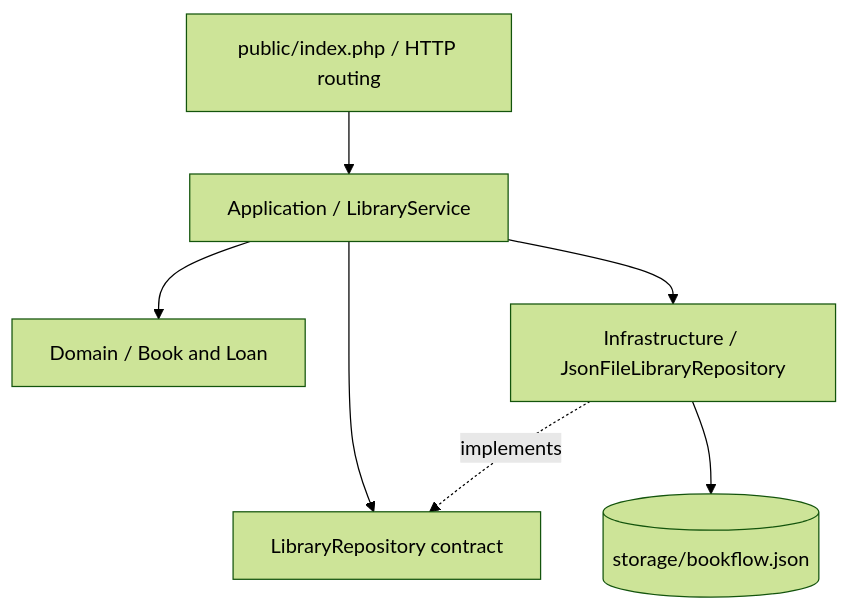
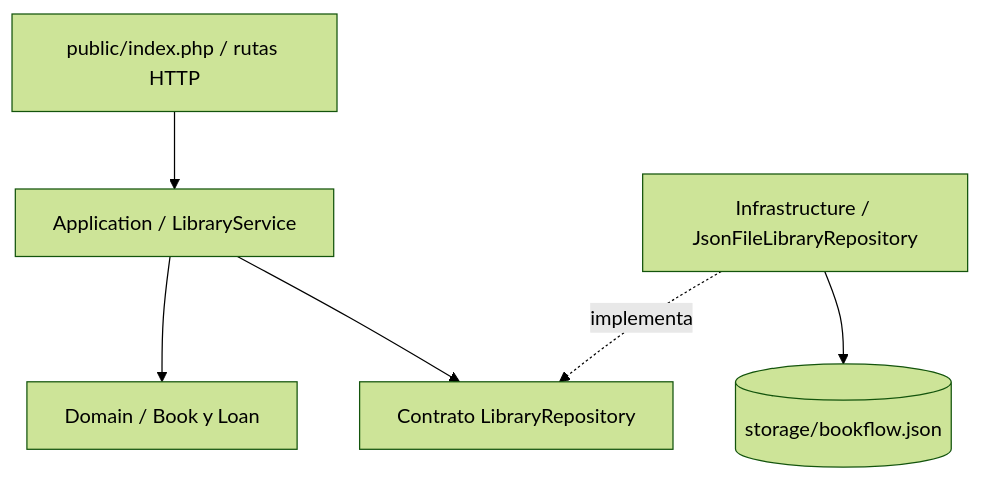
The diagram in README.md (julianandreszapata/bookflow-php-api), drawn with Mermaid (forest theme) before and after one commit. The commit also changed other lines of this file, not shown here.

````diff
--- a/README.md
+++ b/README.md
@@ -16,9 +24,8 @@
 ```mermaid
-flowchart TB
-  HTTP[public/index.php / HTTP routing] --> APP[Application / LibraryService]
-  APP --> DOMAIN[Domain / Book and Loan]
-  APP --> PORT[LibraryRepository contract]
-  ADAPTER[Infrastructure / JsonFileLibraryRepository] -. implements .-> PORT
-  APP --> ADAPTER
+flowchart TD
+  HTTP[public/index.php / rutas HTTP] --> APP[Application / LibraryService]
+  APP --> DOMAIN[Domain / Book y Loan]
+  APP --> PORT[Contrato LibraryRepository]
+  ADAPTER[Infrastructure / JsonFileLibraryRepository] -. implementa .-> PORT
   ADAPTER --> FILE[(storage/bookflow.json)]
 ```
````
